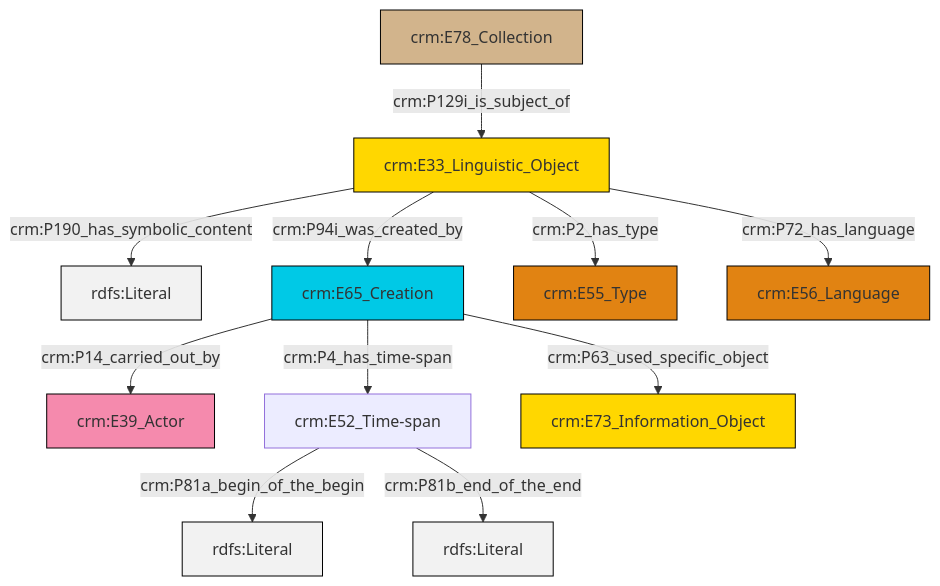
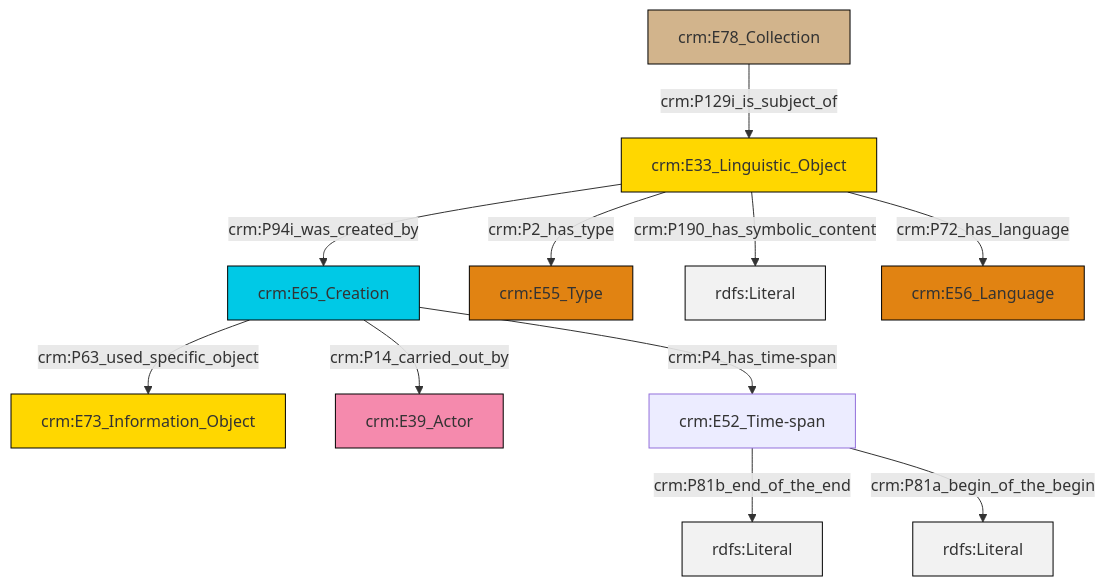
The diagram in et/archivalCSV/ttl/mmd/archival_desc.ttl.mmd (swiss-art-research-net/docs.swissartresearch), drawn with Mermaid before and after one commit. The commit also changed 177 other files, not shown here.

```diff
--- a/et/archivalCSV/ttl/mmd/archival_desc.ttl.mmd
+++ b/et/archivalCSV/ttl/mmd/archival_desc.ttl.mmd
@@ -1,25 +1,25 @@
 graph TD
 classDef Literal fill:#f2f2f2,stroke:#000000;
 classDef CRM_Entity fill:#FFFFFF,stroke:#000000;
 classDef Temporal_Entity fill:#00C9E6, stroke:#000000;
 classDef Type fill:#E18312, stroke:#000000;
 classDef Time-Span fill:#2C9C91, stroke:#000000;
 classDef Appellation fill:#FFEB7F, stroke:#000000;
 classDef Place fill:#008836, stroke:#000000;
 classDef Persistent_Item fill:#B266B2, stroke:#000000;
 classDef Conceptual_Object fill:#FFD700, stroke:#000000;
 classDef Physical_Thing fill:#D2B48C, stroke:#000000;
 classDef Actor fill:#f58aad, stroke:#000000;
 classDef PC_Classes fill:#4ce600, stroke:#000000;
 classDef Multi fill:#cccccc,stroke:#000000;
 
-0["crm:E33_Linguistic_Object"]:::Conceptual_Object -->|crm:P190_has_symbolic_content| 1[rdfs:Literal]:::Literal
-4["crm:E65_Creation"]:::Temporal_Entity -->|crm:P14_carried_out_by| 2["crm:E39_Actor"]:::Actor
-4["crm:E65_Creation"]:::Temporal_Entity -->|crm:P4_has_time-span| 6["crm:E52_Time-span"]:::Default
-6["crm:E52_Time-span"]:::Default -->|crm:P81a_begin_of_the_begin| 8[rdfs:Literal]:::Literal
-4["crm:E65_Creation"]:::Temporal_Entity -->|crm:P63_used_specific_object| 11["crm:E73_Information_Object"]:::Conceptual_Object
-6["crm:E52_Time-span"]:::Default -->|crm:P81b_end_of_the_end| 14[rdfs:Literal]:::Literal
-16["crm:E78_Collection"]:::Physical_Thing -->|crm:P129i_is_subject_of| 0["crm:E33_Linguistic_Object"]:::Conceptual_Object
-0["crm:E33_Linguistic_Object"]:::Conceptual_Object -->|crm:P2_has_type| 9["crm:E55_Type"]:::Type
-0["crm:E33_Linguistic_Object"]:::Conceptual_Object -->|crm:P72_has_language| 12["crm:E56_Language"]:::Type
-0["crm:E33_Linguistic_Object"]:::Conceptual_Object -->|crm:P94i_was_created_by| 4["crm:E65_Creation"]:::Temporal_Entity
+0["crm:E78_Collection"]:::Physical_Thing -->|crm:P129i_is_subject_of| 2["crm:E33_Linguistic_Object"]:::Conceptual_Object
+2["crm:E33_Linguistic_Object"]:::Conceptual_Object -->|crm:P2_has_type| 11["crm:E55_Type"]:::Type
+2["crm:E33_Linguistic_Object"]:::Conceptual_Object -->|crm:P190_has_symbolic_content| 13[rdfs:Literal]:::Literal
+7["crm:E65_Creation"]:::Temporal_Entity -->|crm:P63_used_specific_object| 3["crm:E73_Information_Object"]:::Conceptual_Object
+7["crm:E65_Creation"]:::Temporal_Entity -->|crm:P4_has_time-span| 9["crm:E52_Time-span"]:::Default
+2["crm:E33_Linguistic_Object"]:::Conceptual_Object -->|crm:P94i_was_created_by| 7["crm:E65_Creation"]:::Temporal_Entity
+7["crm:E65_Creation"]:::Temporal_Entity -->|crm:P14_carried_out_by| 5["crm:E39_Actor"]:::Actor
+9["crm:E52_Time-span"]:::Default -->|crm:P81b_end_of_the_end| 16[rdfs:Literal]:::Literal
+9["crm:E52_Time-span"]:::Default -->|crm:P81a_begin_of_the_begin| 17[rdfs:Literal]:::Literal
+2["crm:E33_Linguistic_Object"]:::Conceptual_Object -->|crm:P72_has_language| 14["crm:E56_Language"]:::Type
```
